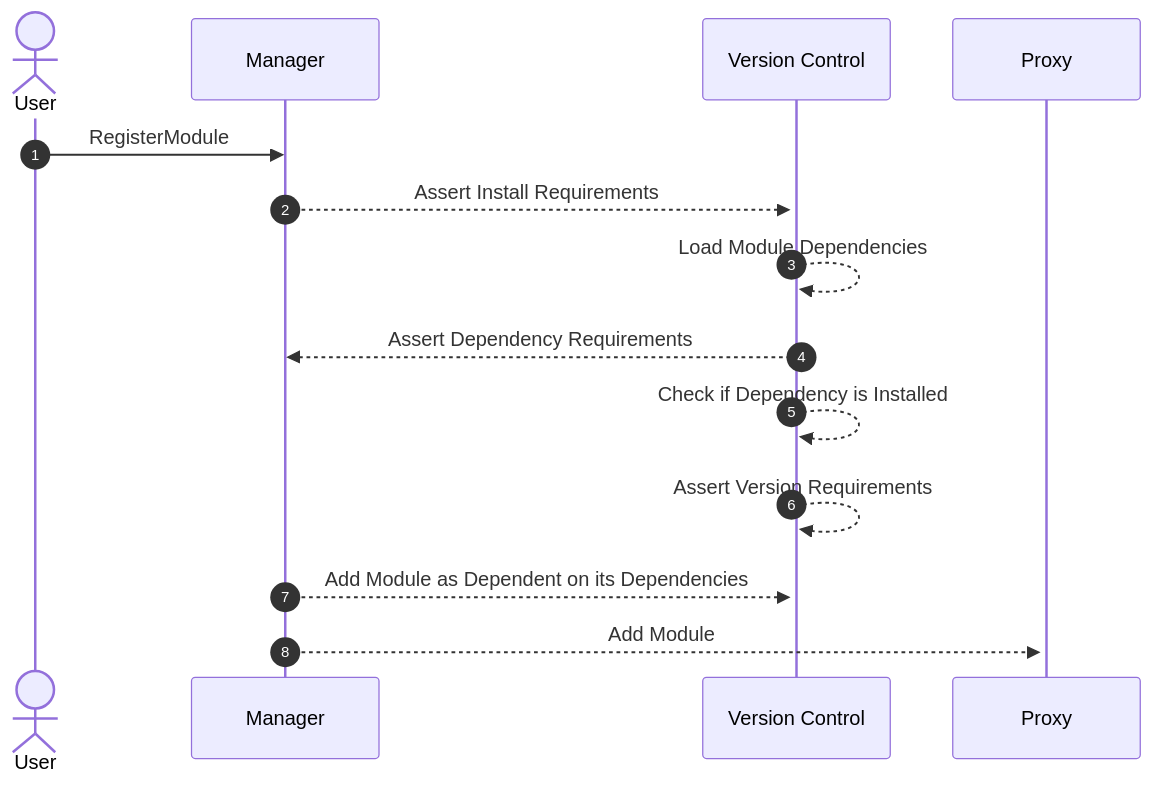
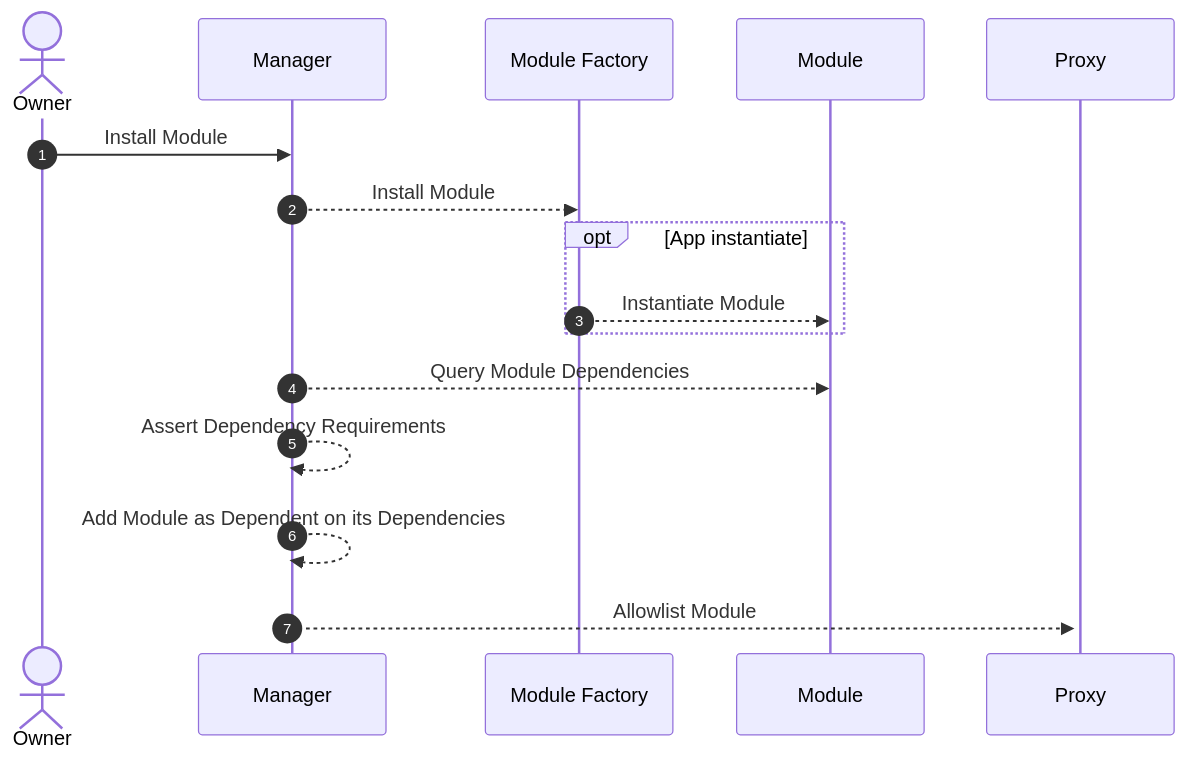
One commit to AbstractSDK/abstract changed the diagram in framework/docs/src/4_get_started/8_dependencies.md. Above: the diagram before and after it, drawn with Mermaid. The commit also changed other lines of this file and 8 other files, not shown here.

Commit message:
Fix user vs owners and diagrams

````diff
--- a/framework/docs/src/4_get_started/8_dependencies.md
+++ b/framework/docs/src/4_get_started/8_dependencies.md
@@ -9,17 +9,19 @@
 ```mermaid
 sequenceDiagram
     autonumber
-    actor U as User
+    actor U as Owner
     participant M as Manager
-    participant VC as Version Control
+    participant F as Module Factory
+    participant Mo as Module
     participant P as Proxy
 
-    U ->> M: RegisterModule
-    M -->>+ VC: Assert Install Requirements
-    VC -->> VC: Load Module Dependencies
-    VC -->> M: Assert Dependency Requirements
-    VC -->> VC: Check if Dependency is Installed
-    VC -->> VC: Assert Version Requirements
-    M -->>+ VC: Add Module as Dependent on its Dependencies
-    M -->>+ P: Add Module
+    U ->> M: Install Module
+    M -->> F: Install Module
+    opt App instantiate 
+    F -->> Mo: Instantiate Module
+    end
+    M -->> Mo: Query Module Dependencies
+    M -->> M: Assert Dependency Requirements
+    M -->>+ M: Add Module as Dependent on its Dependencies
+    M -->>+ P: Allowlist Module
 ```
````
